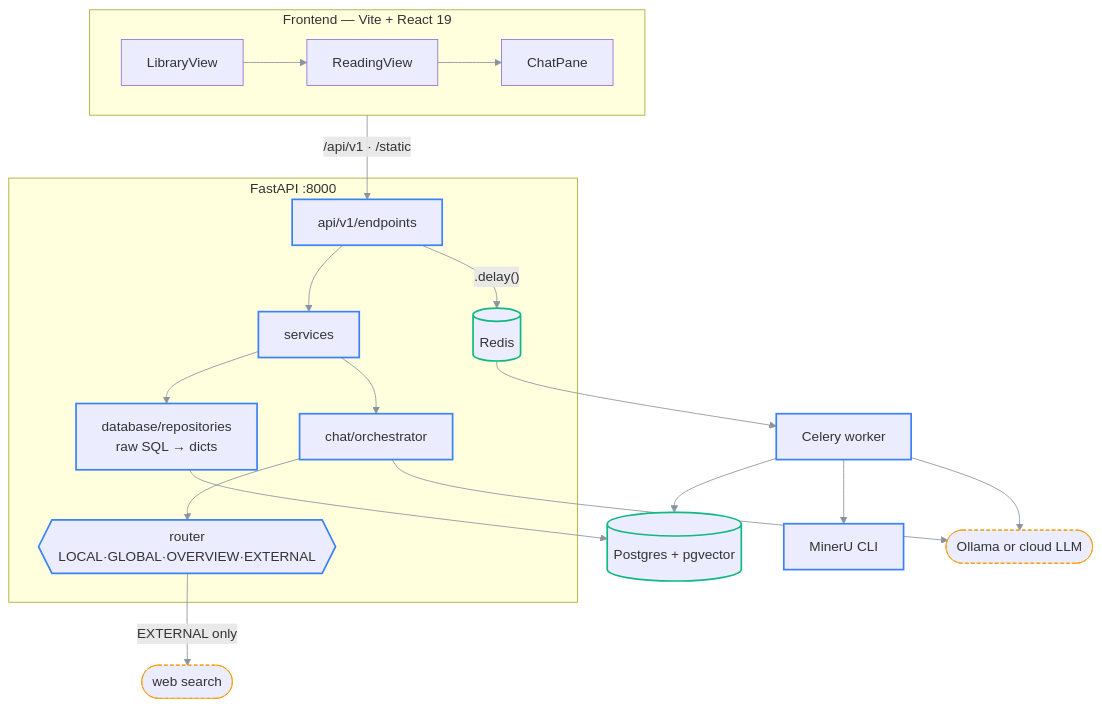
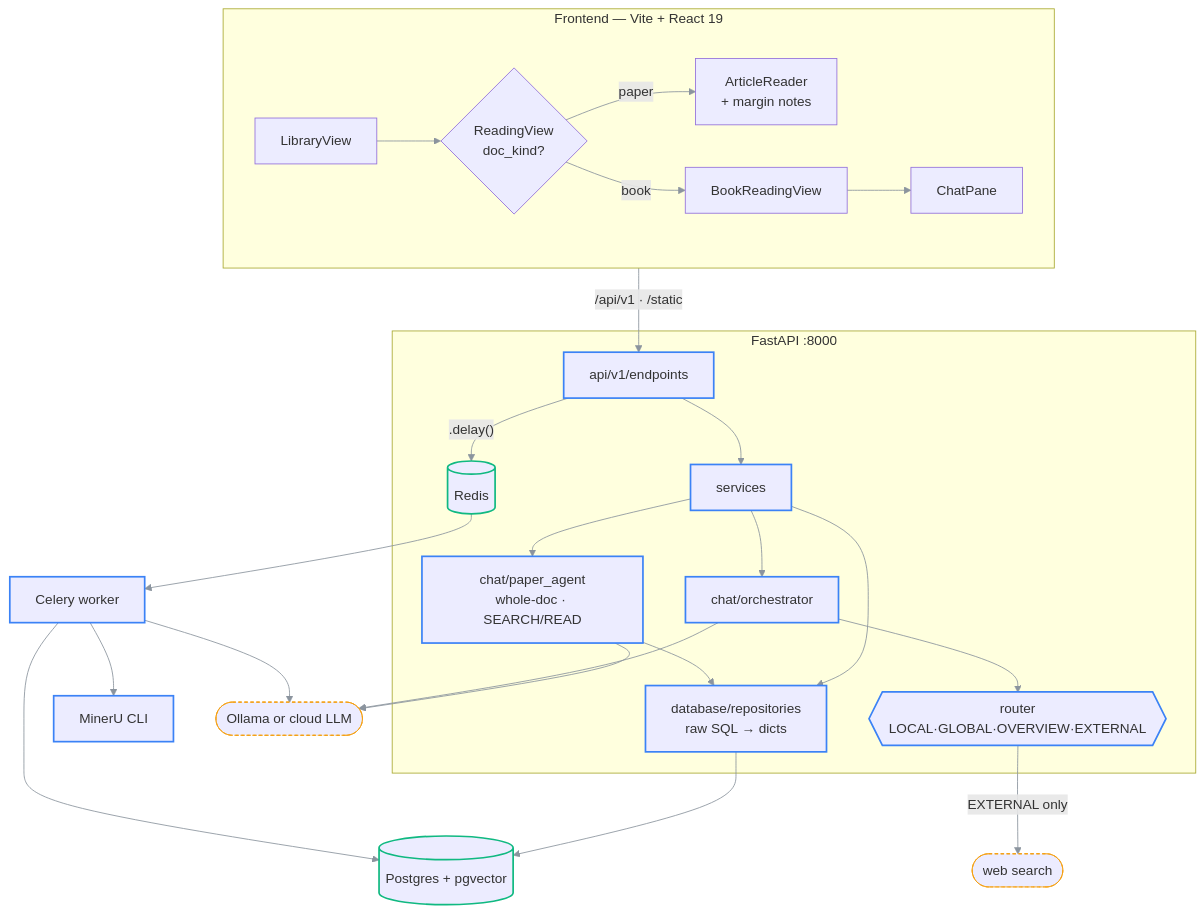
The diagram in docs/02-architecture/overview.md (EzzoHamdan/ScholarFlow), drawn with Mermaid before and after one commit. The commit also changed other lines of this file and 14 other files, not shown here.

First line of the commit message:
Document the article reader, margin notes, and the fast ingest profile

````diff
--- a/docs/02-architecture/overview.md
+++ b/docs/02-architecture/overview.md
@@ -94,31 +108,36 @@
 ```mermaid
 %%{init: {'themeVariables': {'fontFamily': 'ui-monospace, SFMono-Regular, Menlo, monospace', 'lineColor': '#8b949e'}}}%%
 flowchart TD
     subgraph FE["Frontend — Vite + React 19"]
-        LV[LibraryView] --> RV[ReadingView] --> CP[ChatPane]
+        LV[LibraryView] --> RV{ReadingView<br/>doc_kind?}
+        RV -->|paper| AR[ArticleReader<br/>+ margin notes]
+        RV -->|book| BR[BookReadingView] --> CP[ChatPane]
     end
     FE -->|"/api/v1 · /static"| EP[api/v1/endpoints]
 
     subgraph BE["FastAPI :8000"]
         EP --> SVC[services]
         SVC --> REPO[database/repositories<br/>raw SQL → dicts]
+        SVC --> PA[chat/paper_agent<br/>whole-doc · SEARCH/READ]
         SVC --> ORCH[chat/orchestrator]
         ORCH --> RT{{router<br/>LOCAL·GLOBAL·OVERVIEW·EXTERNAL}}
         EP -->|".delay()"| Q[(Redis)]
     end
 
+    PA --> REPO
     REPO --> PG[(Postgres + pgvector)]
     Q --> WK[Celery worker]
     WK --> MU[MinerU CLI]
     WK --> PG
     WK --> AI([Ollama or cloud LLM])
+    PA --> AI
     ORCH --> AI
     RT -->|EXTERNAL only| WEB([web search])
 
     classDef owned stroke:#3b82f6,stroke-width:2px
     classDef store stroke:#10b981,stroke-width:2px
     classDef ext stroke:#f59e0b,stroke-dasharray:4 3
-    class EP,SVC,REPO,ORCH,RT,WK,MU owned
+    class EP,SVC,REPO,PA,ORCH,RT,WK,MU owned
     class PG,Q store
     class AI,WEB ext
 ```
````
